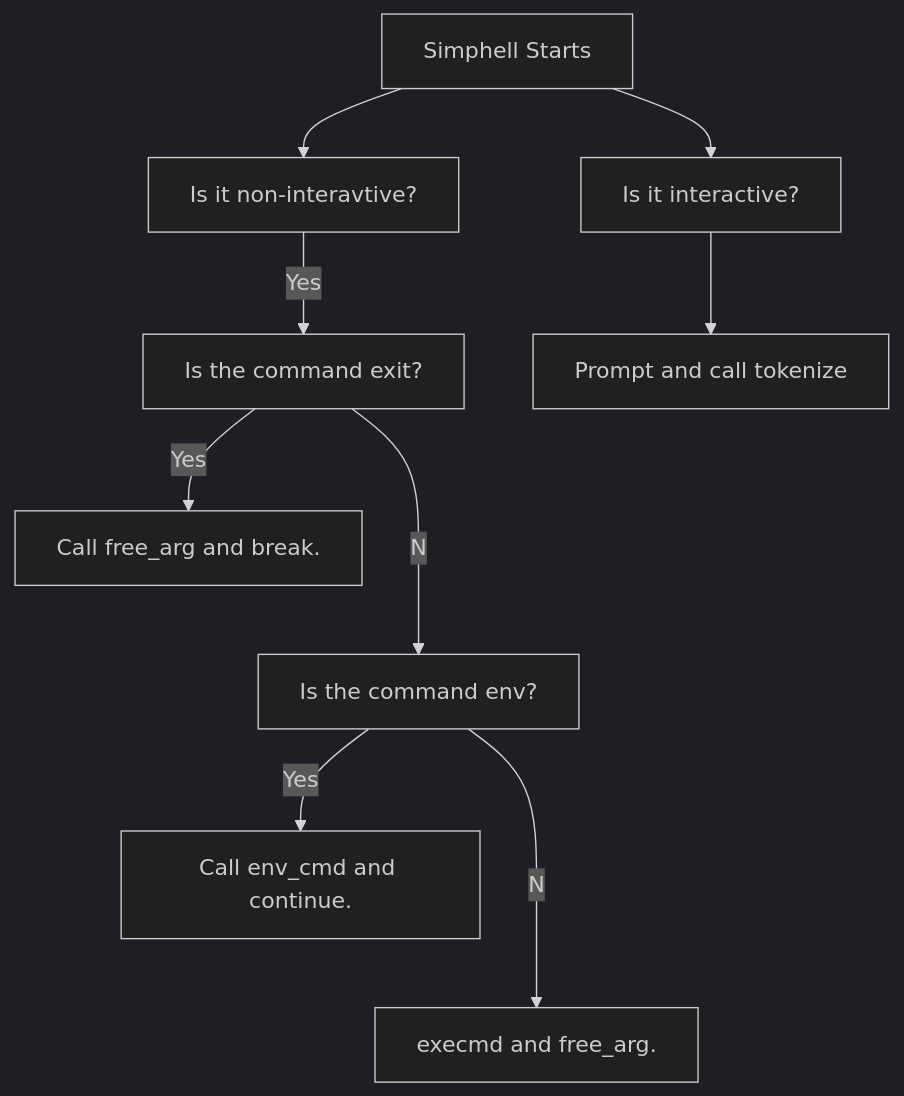
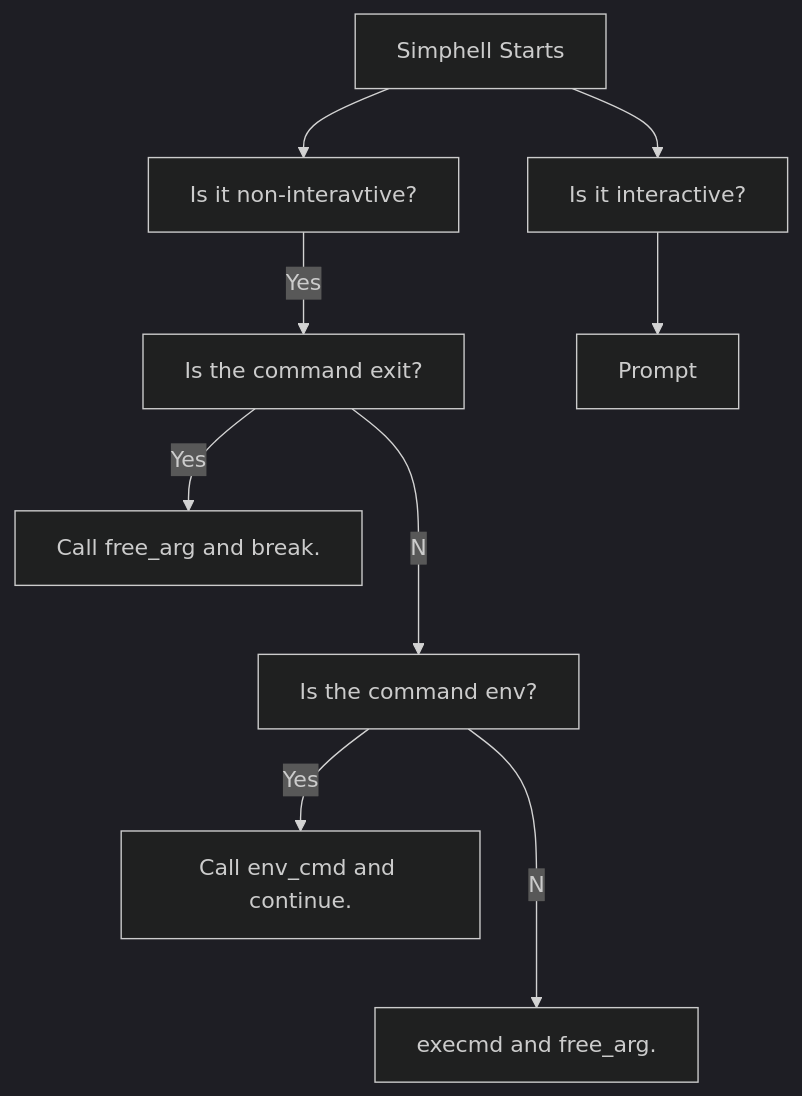
Before and after one commit to LeeWest89/MySuperRepo: the diagram in README.md, drawn with Mermaid (dark theme).

````diff
--- a/README.md
+++ b/README.md
@@ -2,11 +2,11 @@
 ```mermaid
 flowchart TD;
   A[Simphell Starts]-->B[Is it interactive?];
   A-->C[Is it non-interavtive?];
   C--Yes-->D[Is the command exit?];
   D--Yes-->E[Call free_arg and break.];
   D--No-->F[Is the command env?];
   F--Yes-->G[Call env_cmd and continue.];
   F--No-->H[execmd and free_arg.];
-  B-->I[Prompt and call tokenize];
+  B-->I[Prompt];
 ```
````
